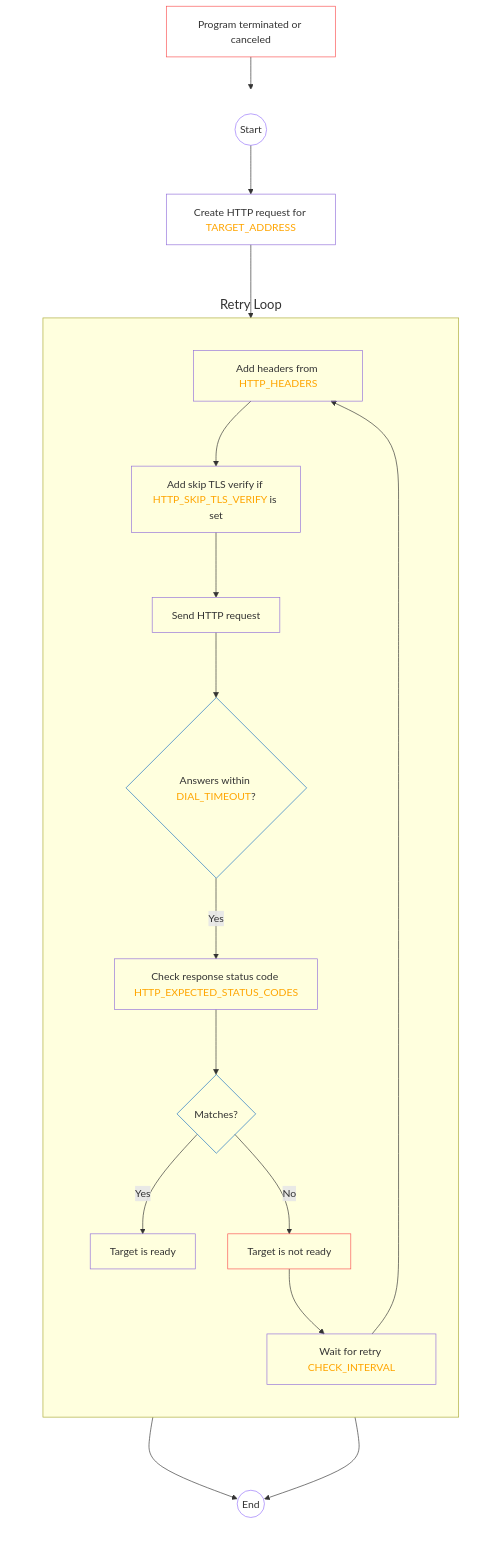
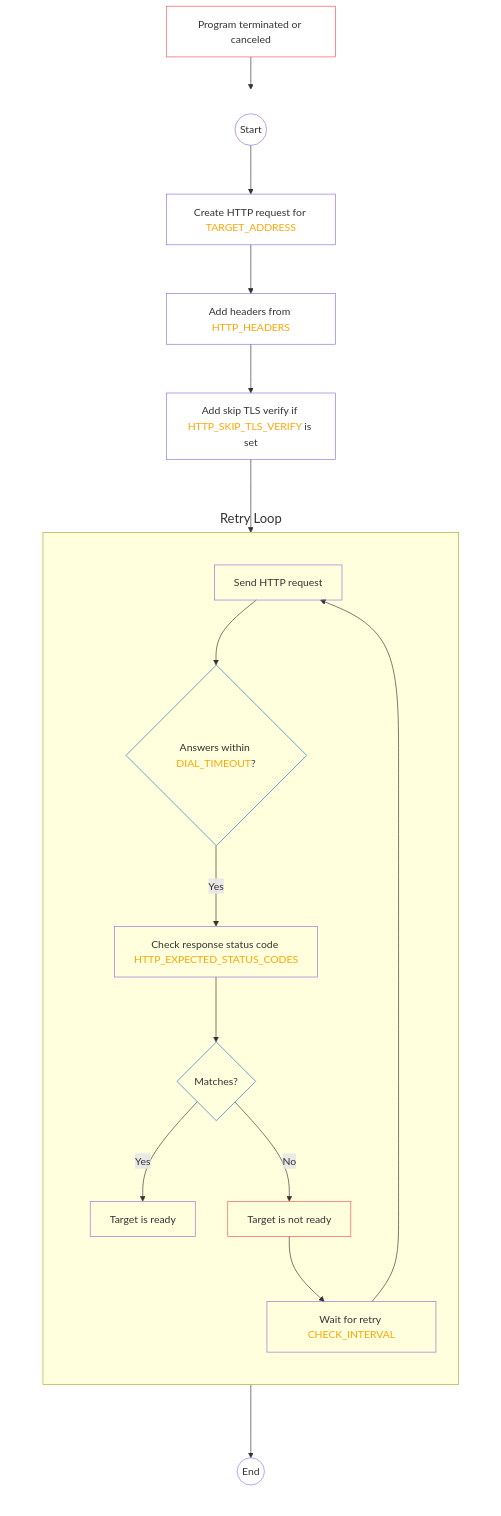
Before and after one commit to containeroo/portpatrol: the first of 2 diagrams in README.md, drawn with Mermaid.

Commit message:
docs: fix http flowchart

````diff
--- a/README.md
+++ b/README.md
@@ -59,48 +59,48 @@
 ```mermaid
 flowchart TD;
+    direction TB
     classDef noFill fill:none;
     classDef violet stroke:#9775fa;
     classDef green stroke:#2f9e44;
     classDef error stroke:#fa5252;
     classDef decision stroke:#1971c2;
     classDef transparent stroke:none,font-size:20px;
 
     subgraph MainFlow[ ]
         direction TB
-        start((Start)) --> createRequest[Create HTTP request for <font color=orange>TARGET_ADDRESS</font>];
-        class start violet;
+        processStart((Start)) --> createRequest[Create HTTP request for <font color=orange>TARGET_ADDRESS</font>];
+        class start processStart;
 
         createRequest --> addHeaders[Add headers from <font color=orange>HTTP_HEADERS</font>];
         addHeaders --> addSkipTLS[Add skip TLS verify if <font color=orange>HTTP_SKIP_TLS_VERIFY</font> is set];
+        addSkipTLS --> sendRequest[Send HTTP request];
 
         subgraph RetryLoop[Retry Loop]
-        subgraph InnerLoop[ ]
-            direction TB
-            addSkipTLS --> sendRequest[Send HTTP request];
-            sendRequest --> checkTimeout{Answers within <font color=orange>DIAL_TIMEOUT</font>?};
-            class checkTimeout decision;
-            checkTimeout -->|Yes| checkStatusCode[Check response status code <font color=orange>HTTP_EXPECTED_STATUS_CODES</font>];
-            checkStatusCode --> statusMatch{Matches?};
-            class statusMatch decision;
+            subgraph InnerLoop[ ]
+                direction TB
+                sendRequest --> checkTimeout{Answers within <font color=orange>DIAL_TIMEOUT</font>?};
+                class checkTimeout decision;
+                checkTimeout -->|Yes| checkStatusCode[Check response status code <font color=orange>HTTP_EXPECTED_STATUS_CODES</font>];
+                checkStatusCode --> statusMatch{Matches?};
+                class statusMatch decision;
 
-            statusMatch -->|Yes| targetReady[Target is ready];
-            class targetReady success;
+                statusMatch -->|Yes| targetReady[Target is ready];
+                class targetReady success;
 
-            statusMatch -->|No| targetNotReady[Target is not ready];
-            class targetNotReady error;
-            targetNotReady --> waitRetry[Wait for retry <font color=orange>CHECK_INTERVAL</font>];
-            waitRetry --> addHeaders;
-        end
+                statusMatch -->|No| targetNotReady[Target is not ready];
+                class targetNotReady error;
+                targetNotReady --> waitRetry[Wait for retry <font color=orange>CHECK_INTERVAL</font>];
+                waitRetry --> sendRequest;
+            end
         end
 
-        waitRetry --> processEnd((End));
-        class processEnd violet;
-        targetReady --> processEnd;
+    targetReady --> processEnd((End));
+    class processEnd violet;
     end
 
     programTerminated[Program terminated or canceled] --> processEnd;
     class programTerminated error;
 
-class start,createRequest,addHeaders,addSkipTLS,sendRequest,checkTimeout,checkStatusCode,statusMatch,targetReady,targetNotReady,waitRetry,programTerminated,processEnd,MainFlow,RetryLoop noFill;
+class processStart,createRequest,addHeaders,addSkipTLS,sendRequest,checkTimeout,checkStatusCode,statusMatch,targetReady,targetNotReady,waitRetry,programTerminated,processEnd,MainFlow,RetryLoop noFill;
 class MainFlow,RetryLoop transparent;
 ```
````
